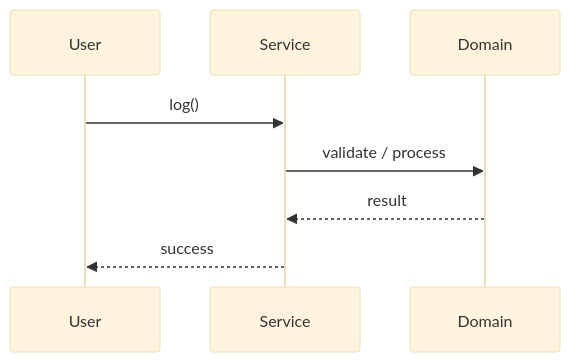
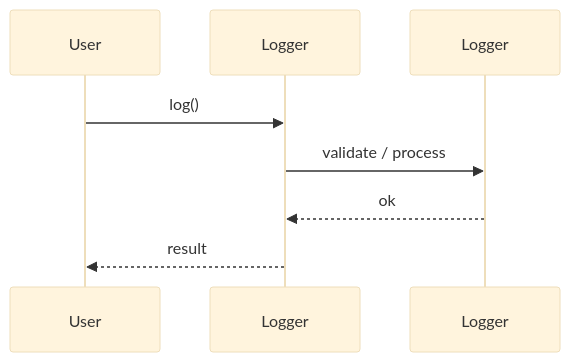
One commit to madhupaila/Interview-Prep-SSE changed the second of 3 diagrams in Learn/System Design - Low Level Design/02-classic-ood/questions/Q15-logger.md. Above: the diagram before and after it, drawn with Mermaid (base theme). The commit also changed other lines of this file and 491 other files, not shown here.

````diff
--- a/Learn/System Design - Low Level Design/02-classic-ood/questions/Q15-logger.md
+++ b/Learn/System Design - Low Level Design/02-classic-ood/questions/Q15-logger.md
@@ -122,10 +150,10 @@
 ```mermaid
 sequenceDiagram
-    participant U as User
-    participant S as Service
-    participant D as Domain
-    U->>S: log()
-    S->>D: validate / process
-    D-->>S: result
-    S-->>U: success
+participant U as User
+participant S as Logger
+participant D as Logger
+U->>S: log()
+S->>D: validate / process
+D-->>S: ok
+S-->>U: result
 ```
````
